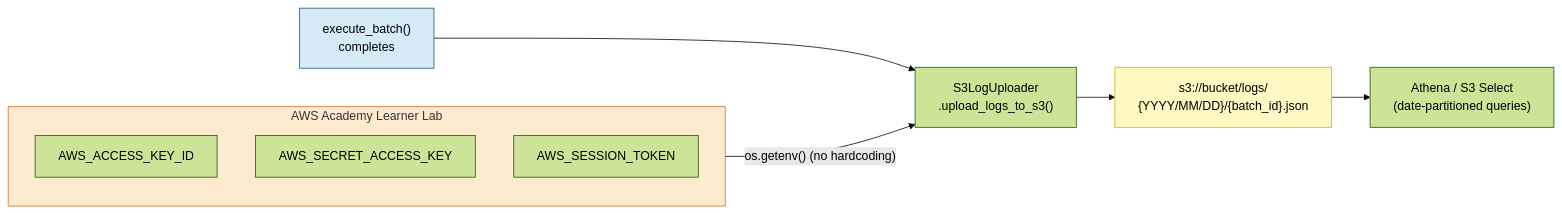
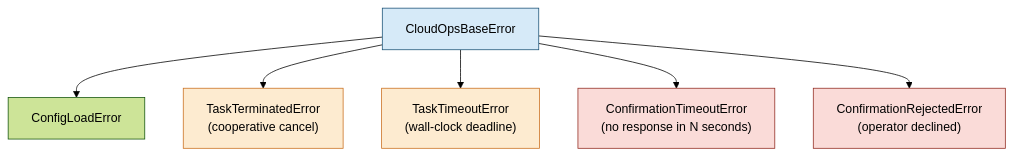
The seventh of 7 diagrams in README.md (citizen204/cloud-ops-ai-agent), drawn with Mermaid (forest theme) before and after one commit. The commit also changed other lines of this file and 2 other files, not shown here.

````diff
--- a/README.md
+++ b/README.md
@@ -374,18 +358,15 @@
 ```mermaid
-flowchart LR
-    EB["execute_batch()\ncompletes"] --> UL["S3LogUploader\n.upload_logs_to_s3()"]
-    UL --> S3["s3://bucket/logs/\n{YYYY/MM/DD}/{batch_id}.json"]
-    S3 --> ATH["Athena / S3 Select\n(date-partitioned queries)"]
+graph TD
+    BASE["CloudOpsBaseError"]
+    BASE --> CFG["ConfigLoadError"]
+    BASE --> TERM["TaskTerminatedError\n(cooperative cancel)"]
+    BASE --> TOUT["TaskTimeoutError\n(wall-clock deadline)"]
+    BASE --> CONF["ConfirmationTimeoutError\n(no response in N seconds)"]
+    BASE --> REJ["ConfirmationRejectedError\n(operator declined)"]
 
-    subgraph Credentials["AWS Academy Learner Lab"]
-        AK["AWS_ACCESS_KEY_ID"]
-        SK["AWS_SECRET_ACCESS_KEY"]
-        ST["AWS_SESSION_TOKEN"]
-    end
-
-    Credentials -->|"os.getenv()  (no hardcoding)"| UL
-
-    style EB fill:#D6EAF8,stroke:#1A5276
-    style S3 fill:#FEF9C3,stroke:#D4AC0D
-    style Credentials fill:#FDEBD0,stroke:#CA6F1E
+    style BASE fill:#D6EAF8,stroke:#1A5276
+    style TERM fill:#FDEBD0,stroke:#CA6F1E
+    style TOUT fill:#FDEBD0,stroke:#CA6F1E
+    style CONF fill:#FADBD8,stroke:#922B21
+    style REJ fill:#FADBD8,stroke:#922B21
 ```
````
